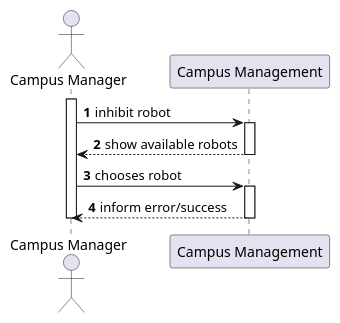
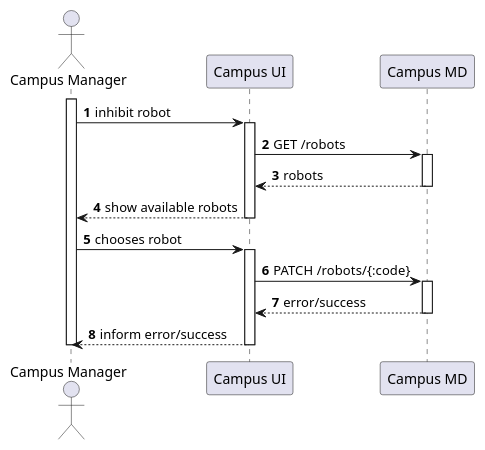
Before and after one commit to Departamento-de-Engenharia-Informatica/lapr5-23-24-g19: the diagram in docs/us1020/level2/process-view.puml, drawn with PlantUML. The commit also changed 15 other files, not shown here.

```diff
--- a/docs/us1020/level2/process-view.puml
+++ b/docs/us1020/level2/process-view.puml
@@ -1,20 +1,31 @@
 @startuml
 autonumber
 
 actor "Campus Manager" as usr
 
-participant "Campus Management" as mng
+participant "Campus UI" as ui
+participant "Campus MD" as md
 
 activate usr
-    usr -> mng : inhibit robot
-    activate mng
-        mng --> usr : show available robots
-    deactivate mng
+    usr -> ui : inhibit robot
+    activate ui
+        ui -> md : GET /robots
+        activate md
+            md --> ui : robots
+        deactivate md
 
-    usr -> mng : chooses robot
-    activate mng
-        mng --> usr : inform error/success
-    deactivate mng
+        ui --> usr : show available robots
+    deactivate ui
+
+    usr -> ui : chooses robot
+    activate ui
+        ui -> md : PATCH /robots/{:code}
+        activate md
+            md --> ui : error/success
+        deactivate md
+
+        ui --> usr : inform error/success
+    deactivate ui
 deactivate usr
 
 @enduml
```
